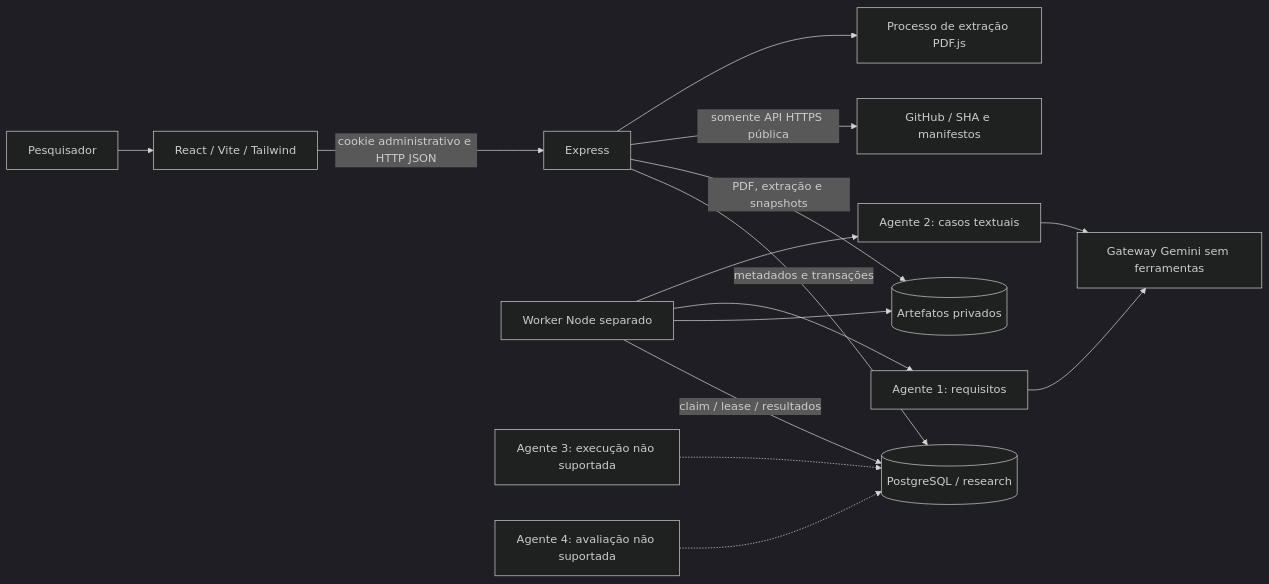
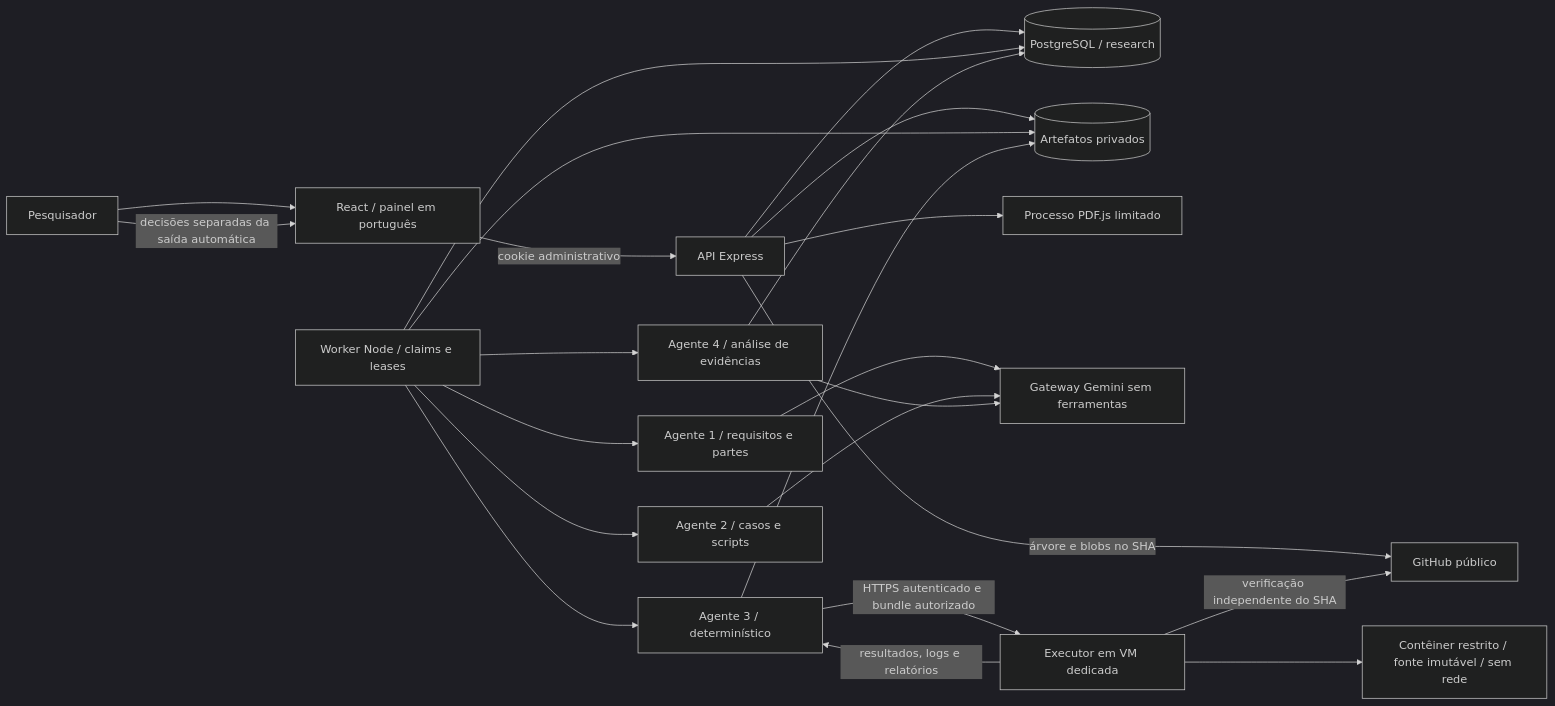
The first of 3 diagrams in docs/ARQUITETURA_PESQUISA.md (lucaasbonfim/tcc), drawn with Mermaid (dark theme) before and after one commit. The commit also changed other lines of this file and 7 other files, not shown here.

````diff
--- a/docs/ARQUITETURA_PESQUISA.md
+++ b/docs/ARQUITETURA_PESQUISA.md
@@ -7,17 +9,25 @@
 ```mermaid
 flowchart LR
-  R[Pesquisador] --> UI[React / Vite / Tailwind]
-  UI -->|cookie administrativo e HTTP JSON| API[Express]
-  API -->|metadados e transações| PG[(PostgreSQL / research)]
-  API -->|PDF, extração e snapshots| FS[(Artefatos privados)]
-  API -->|somente API HTTPS pública| GH[GitHub / SHA e manifestos]
-  API --> PDF[Processo de extração PDF.js]
-  W[Worker Node separado] -->|claim / lease / resultados| PG
+  H[Pesquisador] --> UI[React / painel em português]
+  UI -->|cookie administrativo| API[API Express]
+  API --> PG[(PostgreSQL / research)]
+  API --> FS[(Artefatos privados)]
+  API -->|árvore e blobs no SHA| GH[GitHub público]
+  API --> PDF[Processo PDF.js limitado]
+  W[Worker Node / claims e leases] --> PG
   W --> FS
-  W --> A1[Agente 1: requisitos]
-  W --> A2[Agente 2: casos textuais]
+  W --> A1[Agente 1 / requisitos e partes]
+  W --> A2[Agente 2 / casos e scripts]
   A1 --> G[Gateway Gemini sem ferramentas]
   A2 --> G
-  A3[Agente 3: execução não suportada] -.-> PG
-  A4[Agente 4: avaliação não suportada] -.-> PG
+  W --> A3[Agente 3 / determinístico]
+  A3 -->|HTTPS autenticado e bundle autorizado| E[Executor em VM dedicada]
+  E -->|verificação independente do SHA| GH
+  E --> C[Contêiner restrito / fonte imutável / sem rede]
+  E -->|resultados, logs e relatórios| A3
+  A3 --> FS
+  W --> A4[Agente 4 / análise de evidências]
+  A4 --> G
+  A4 --> PG
+  H -->|decisões separadas da saída automática| UI
 ```
````
